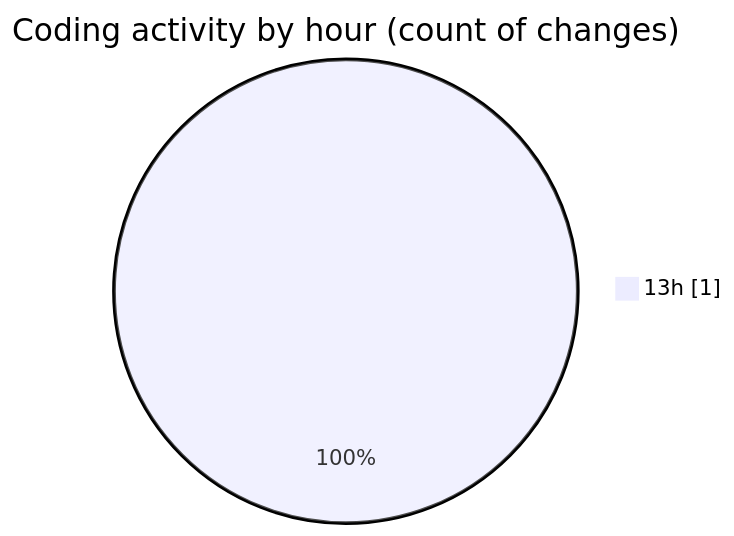
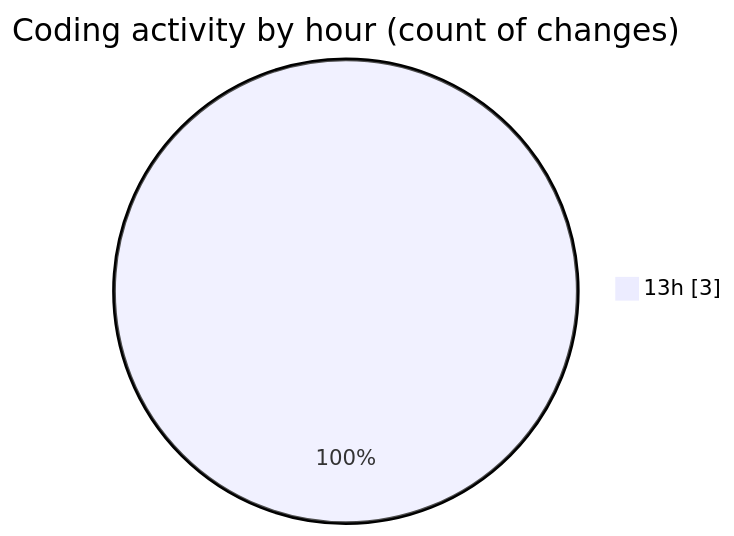
Before and after one commit to jrari/code-tracking: the second of 2 diagrams in 2025-07-16/telebot/README.md, drawn with Mermaid. The commit also changed other lines of this file and 1 other file, not shown here.

````diff
--- a/2025-07-16/telebot/README.md
+++ b/2025-07-16/telebot/README.md
@@ -28,5 +30,5 @@
 ```mermaid
 pie showData
 title Coding activity by hour (count of changes)
-"13h" : 1
+"13h" : 3
 ```
````
